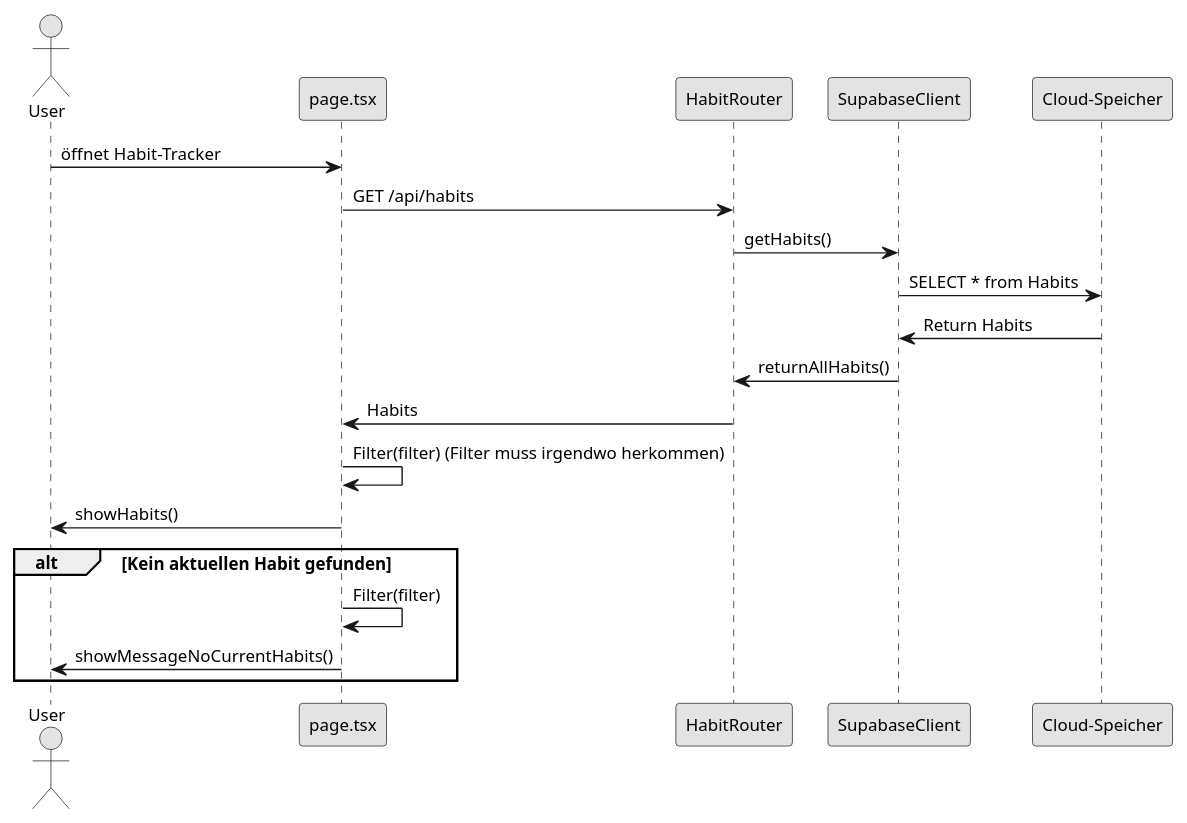
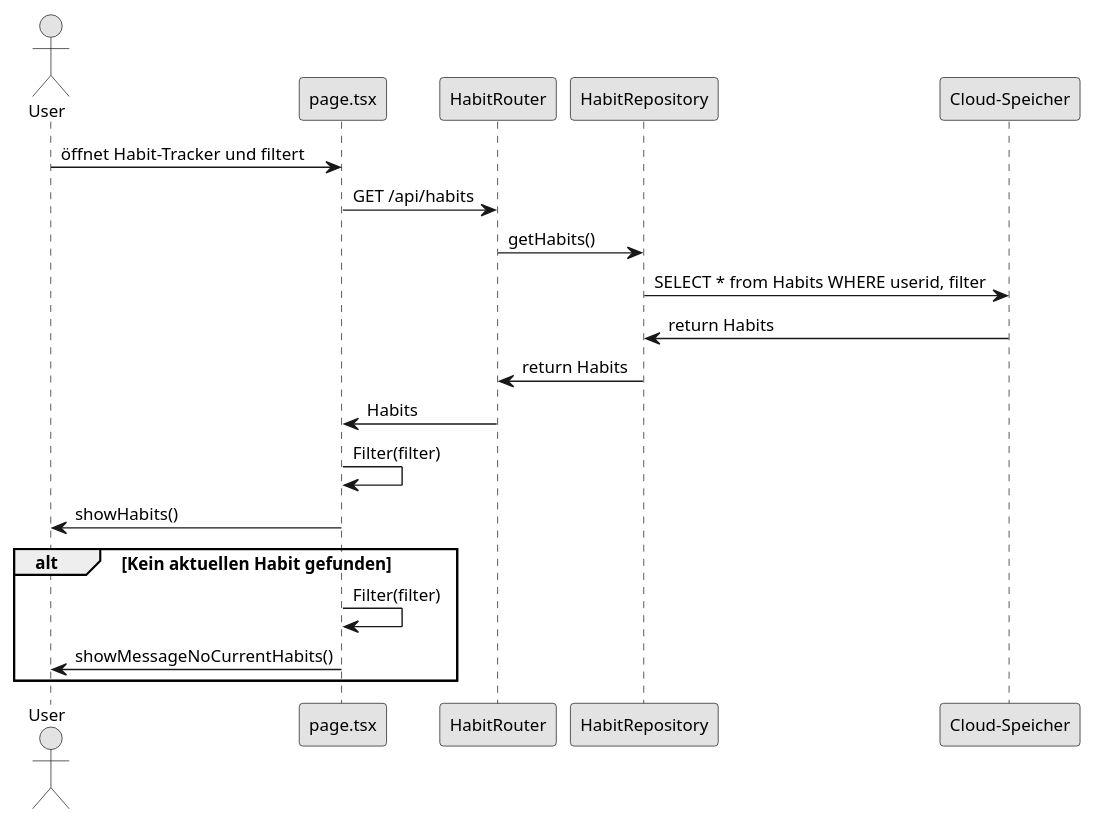
Before and after one commit to nac1dy/Habit-Tracker: the diagram in docs/design-analysis/2/new_flow.puml, drawn with PlantUML. The commit also changed 2 other files, not shown here.

```diff
--- a/docs/design-analysis/2/new_flow.puml
+++ b/docs/design-analysis/2/new_flow.puml
@@ -1,30 +1,30 @@
 @startuml current-flow
 
 skinparam monochrome true
 skinparam defaultFontSize 12
 
 actor "User" as user
 participant "page.tsx" as home
 participant "HabitRouter" as svc
-participant "SupabaseClient" as ctrl
+participant "HabitRepository" as ctrl
 participant "Cloud-Speicher" as repo
 
-user -> home : öffnet Habit-Tracker
+user -> home : öffnet Habit-Tracker und filtert
 home -> svc : GET /api/habits
 svc -> ctrl : getHabits()
-ctrl -> repo : SELECT * from Habits
-repo -> ctrl : Return Habits
-ctrl -> svc : returnAllHabits()
+ctrl -> repo : SELECT * from Habits WHERE userid, filter
+repo -> ctrl : return Habits
+ctrl -> svc : return Habits
 svc -> home : Habits
-home -> home : Filter(filter) (Filter muss irgendwo herkommen)
+home -> home : Filter(filter)
 home -> user : showHabits()
 
 
 alt Kein aktuellen Habit gefunden
 
 home -> home : Filter(filter)
 home -> user : showMessageNoCurrentHabits()
 
 end
 
 @enduml
```
